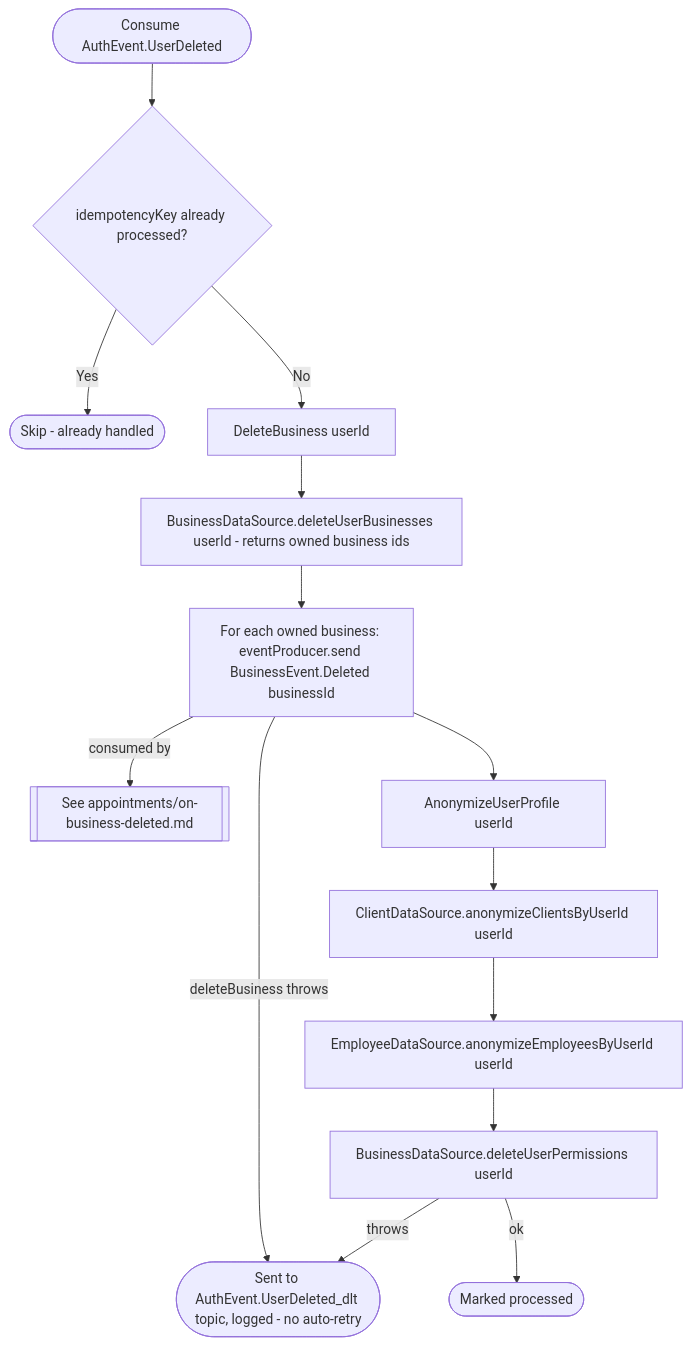
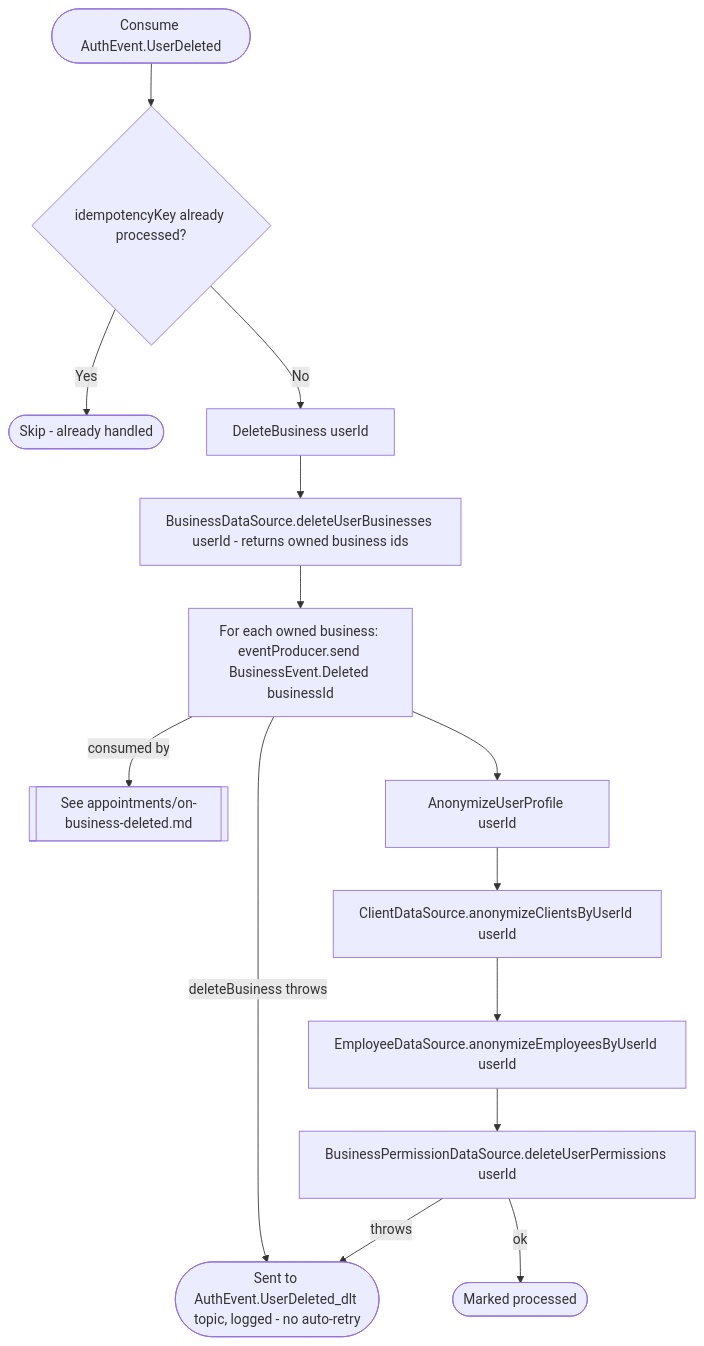
Before and after one commit to an22/bookk.me-backend: the diagram in docs/operations/business/on-user-deleted.md, drawn with Mermaid. The commit also changed 157 other files, not shown here.

````diff
--- a/docs/operations/business/on-user-deleted.md
+++ b/docs/operations/business/on-user-deleted.md
@@ -13,16 +13,16 @@
 ```mermaid
 flowchart TD
     Start([Consume AuthEvent.UserDeleted]) --> Dedup{idempotencyKey already processed?}
     Dedup -- Yes --> Skip([Skip - already handled])
     Dedup -- No --> DeleteBiz[DeleteBusiness userId]
     DeleteBiz --> GetBiz[BusinessDataSource.deleteUserBusinesses userId - returns owned business ids]
     GetBiz --> Loop[For each owned business: eventProducer.send BusinessEvent.Deleted businessId]
     Loop -- consumed by --> Downstream[[See appointments/on-business-deleted.md]]
     Loop -- deleteBusiness throws --> Dlt([Sent to AuthEvent.UserDeleted_dlt topic, logged - no auto-retry])
     Loop --> Anonymize[AnonymizeUserProfile userId]
     Anonymize --> AnonClients[ClientDataSource.anonymizeClientsByUserId userId]
     AnonClients --> AnonEmployees[EmployeeDataSource.anonymizeEmployeesByUserId userId]
-    AnonEmployees --> DelPerm[BusinessDataSource.deleteUserPermissions userId]
+    AnonEmployees --> DelPerm[BusinessPermissionDataSource.deleteUserPermissions userId]
     DelPerm -- throws --> Dlt
     DelPerm -- ok --> Ack([Marked processed])
 ```
````
